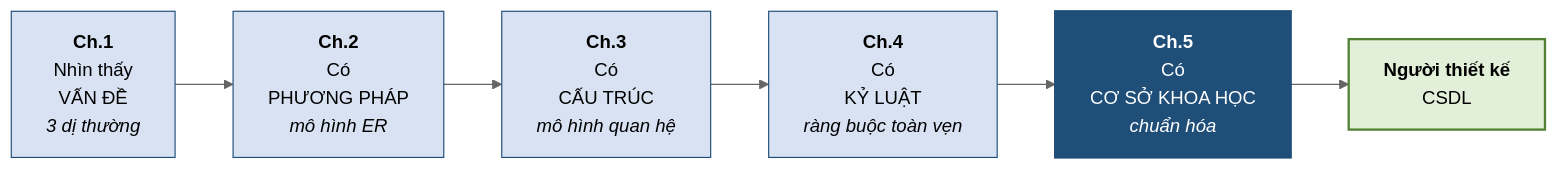
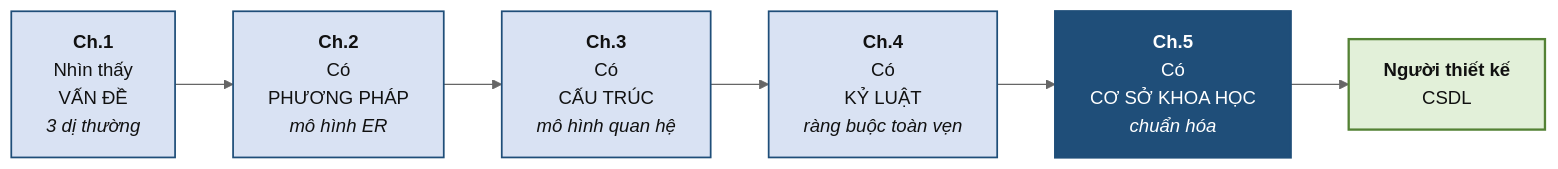
One commit to CuongNguyenDAU/csdl-dbs201 changed the second of 2 diagrams in docs/chuong-5/5-11-khep-lai-hoc-phan.md. Above: the diagram before and after it, drawn with Mermaid (neutral theme). The commit also changed other lines of this file and 123 other files, not shown here.

Commit message:
Cập nhật bài giảng v7: sơ đồ ER ký pháp Chen, hình minh họa tự vẽ, mở rộng toàn diện Chương 5 và bổ sung lời giải A4, B5

````diff
--- a/docs/chuong-5/5-11-khep-lai-hoc-phan.md
+++ b/docs/chuong-5/5-11-khep-lai-hoc-phan.md
@@ -63,14 +66,14 @@
 ```mermaid
 flowchart LR
     C1["<b>Ch.1</b><br/>Nhìn thấy<br/>VẤN ĐỀ<br/><i>3 dị thường</i>"] --> C2["<b>Ch.2</b><br/>Có<br/>PHƯƠNG PHÁP<br/><i>mô hình ER</i>"]
     C2 --> C3["<b>Ch.3</b><br/>Có<br/>CẤU TRÚC<br/><i>mô hình quan hệ</i>"]
     C3 --> C4["<b>Ch.4</b><br/>Có<br/>KỶ LUẬT<br/><i>ràng buộc toàn vẹn</i>"]
     C4 --> C5["<b>Ch.5</b><br/>Có<br/>CƠ SỞ KHOA HỌC<br/><i>chuẩn hóa</i>"]
     C5 --> K["<b>Người thiết kế</b><br/>CSDL"]
-    style C1 fill:#D9E2F3,stroke:#1F4E79
-    style C2 fill:#D9E2F3,stroke:#1F4E79
-    style C3 fill:#D9E2F3,stroke:#1F4E79
-    style C4 fill:#D9E2F3,stroke:#1F4E79
-    style C5 fill:#1F4E79,color:#fff,stroke:#1F4E79,stroke-width:2px
-    style K fill:#E2F0D9,stroke:#548235,stroke-width:2px
+    style C1 fill:#D9E2F3,color:#111111,stroke:#1F4E79,stroke-width:1.5px
+    style C2 fill:#D9E2F3,color:#111111,stroke:#1F4E79,stroke-width:1.5px
+    style C3 fill:#D9E2F3,color:#111111,stroke:#1F4E79,stroke-width:1.5px
+    style C4 fill:#D9E2F3,color:#111111,stroke:#1F4E79,stroke-width:1.5px
+    style C5 fill:#1F4E79,color:#ffffff,stroke:#1F4E79,stroke-width:2px
+    style K fill:#E2F0D9,color:#111111,stroke:#548235,stroke-width:2px
 ```
````
